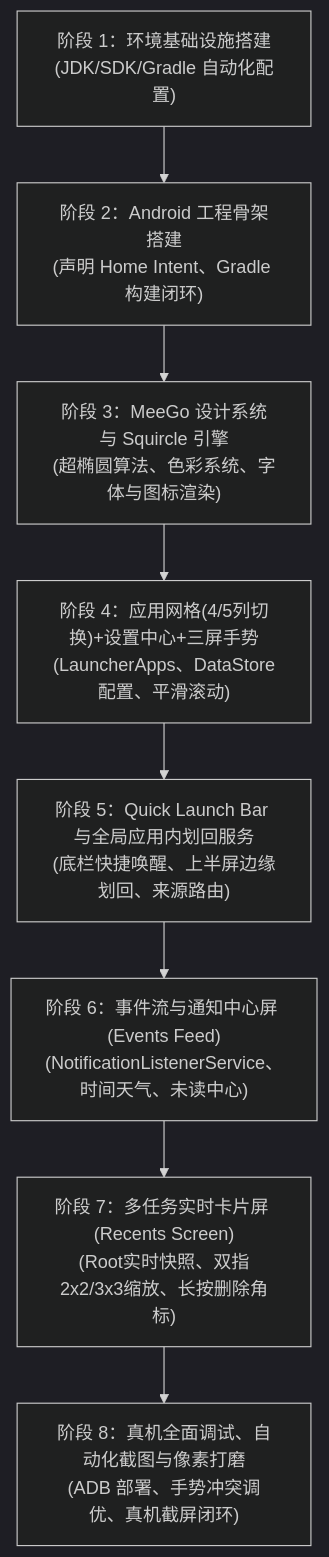
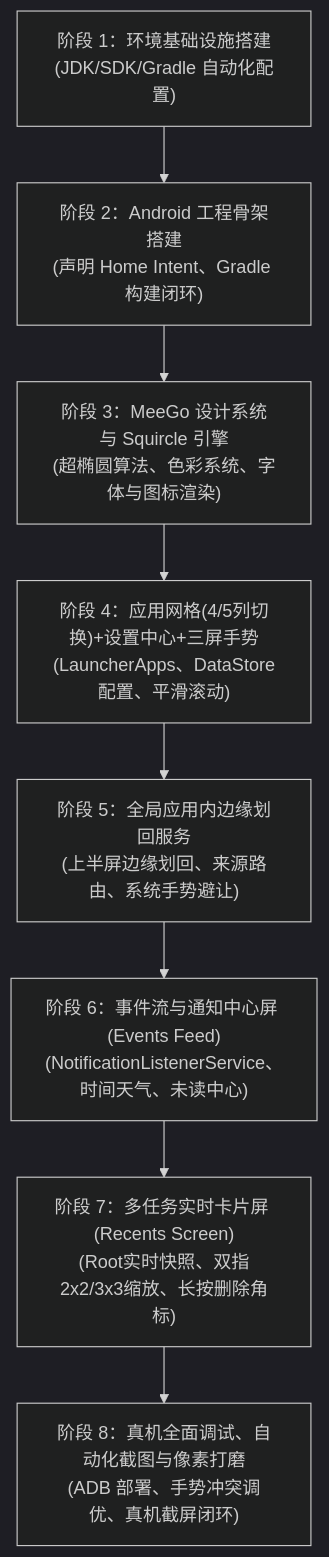
One commit to tinytinycn/meego-launcher changed the diagram in MEEGO_LAUNCHER_TECH_SPEC.md. Above: the diagram before and after it, drawn with Mermaid (dark theme). The commit also changed other lines of this file, not shown here.

````diff
--- a/MEEGO_LAUNCHER_TECH_SPEC.md
+++ b/MEEGO_LAUNCHER_TECH_SPEC.md
@@ -1279,10 +1025,10 @@
 ```mermaid
 flowchart TD
     M1["阶段 1：环境基础设施搭建\n(JDK/SDK/Gradle 自动化配置)"] --> M2["阶段 2：Android 工程骨架搭建\n(声明 Home Intent、Gradle 构建闭环)"]
     M2 --> M3["阶段 3：MeeGo 设计系统与 Squircle 引擎\n(超椭圆算法、色彩系统、字体与图标渲染)"]
     M3 --> M4["阶段 4：应用网格(4/5列切换)+设置中心+三屏手势\n(LauncherApps、DataStore配置、平滑滚动)"]
-    M4 --> M5["阶段 5：Quick Launch Bar 与全局应用内划回服务\n(底栏快捷唤醒、上半屏边缘划回、来源路由)"]
+    M4 --> M5["阶段 5：全局应用内边缘划回服务\n(上半屏边缘划回、来源路由、系统手势避让)"]
     M5 --> M6["阶段 6：事件流与通知中心屏 (Events Feed)\n(NotificationListenerService、时间天气、未读中心)"]
     M6 --> M7["阶段 7：多任务实时卡片屏 (Recents Screen)\n(Root实时快照、双指2x2/3x3缩放、长按删除角标)"]
     M7 --> M8["阶段 8：真机全面调试、自动化截图与像素打磨\n(ADB 部署、手势冲突调优、真机截屏闭环)"]
 ```
````
